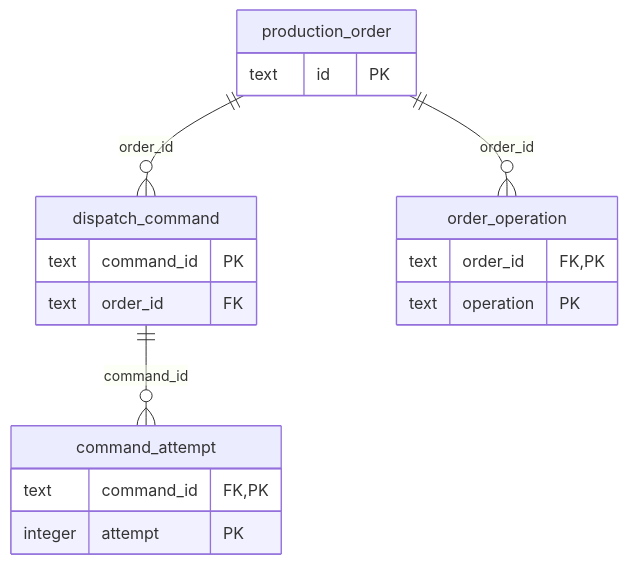
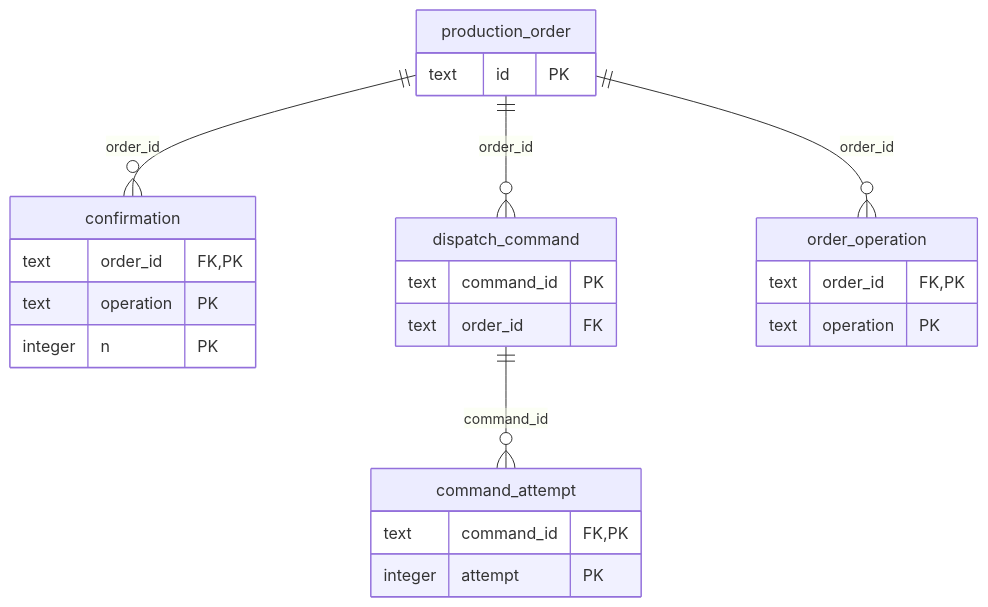
The fifth of 6 diagrams in docs/data-model.md (kubilayture/shopfloor-twin), drawn with Mermaid before and after one commit. The commit also changed other lines of this file and 46 other files, not shown here.

````diff
--- a/docs/data-model.md
+++ b/docs/data-model.md
@@ -303,21 +322,27 @@
 ```mermaid
 erDiagram
   command_attempt {
     text command_id FK, PK
     integer attempt PK
+  }
+  confirmation {
+    text order_id FK, PK
+    text operation PK
+    integer n PK
   }
   dispatch_command {
     text command_id PK
     text order_id FK
   }
   order_operation {
     text order_id FK, PK
     text operation PK
   }
   production_order {
     text id PK
   }
   dispatch_command ||--o{ command_attempt : "command_id"
+  production_order ||--o{ confirmation : "order_id"
   production_order ||--o{ dispatch_command : "order_id"
   production_order ||--o{ order_operation : "order_id"
 ```
````
